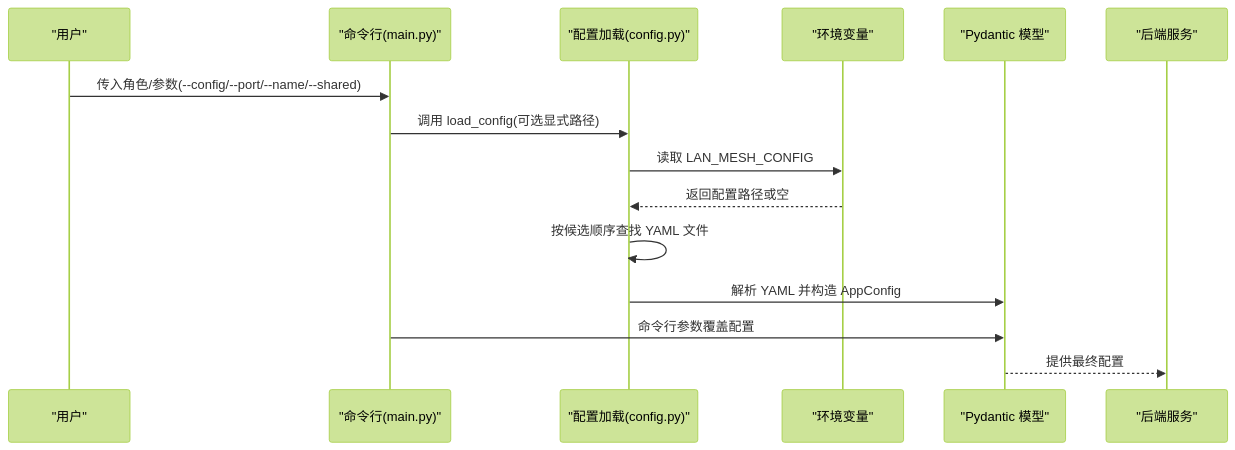
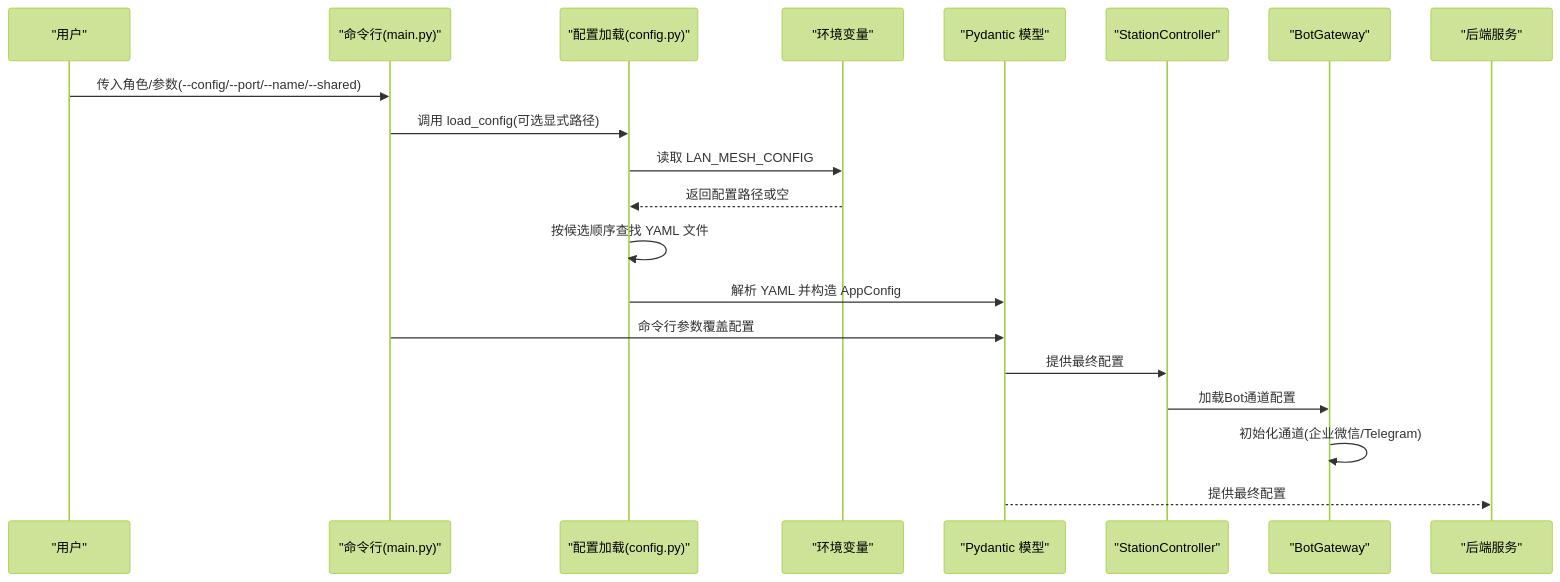
One commit to targalian/Personal-distributed-workstation changed the second of 3 diagrams in .qoder/repowiki/zh/content/配置管理系统.md. Above: the diagram before and after it, drawn with Mermaid (forest theme). The commit also changed other lines of this file and 85 other files, not shown here.

````diff
--- a/.qoder/repowiki/zh/content/配置管理系统.md
+++ b/.qoder/repowiki/zh/content/配置管理系统.md
@@ -108,17 +133,22 @@
 ```mermaid
 sequenceDiagram
 participant User as "用户"
 participant CLI as "命令行(main.py)"
 participant Loader as "配置加载(config.py)"
 participant Env as "环境变量"
 participant Model as "Pydantic 模型"
+participant Controller as "StationController"
+participant Bot as "BotGateway"
 participant Runtime as "后端服务"
 User->>CLI : 传入角色/参数(--config/--port/--name/--shared)
 CLI->>Loader : 调用 load_config(可选显式路径)
 Loader->>Env : 读取 LAN_MESH_CONFIG
 Env-->>Loader : 返回配置路径或空
 Loader->>Loader : 按候选顺序查找 YAML 文件
 Loader->>Model : 解析 YAML 并构造 AppConfig
 CLI->>Model : 命令行参数覆盖配置
+Model->>Controller : 提供最终配置
+Controller->>Bot : 加载Bot通道配置
+Bot->>Bot : 初始化通道(企业微信/Telegram)
 Model-->>Runtime : 提供最终配置
 ```
````
